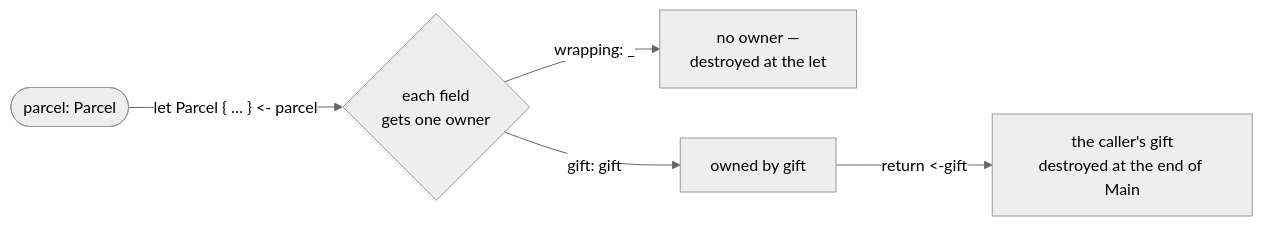
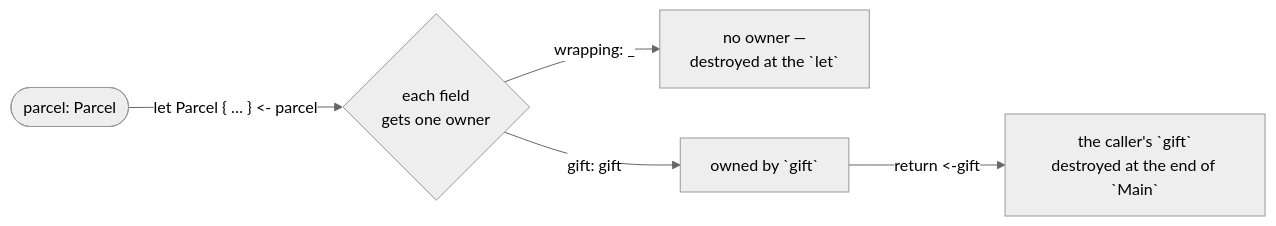
The diagram in content/docs/1.learn/11.ownership/07.partial-move.md (rux-lang/Web), drawn with Mermaid (neutral theme) before and after one commit. The commit also changed 187 other files, not shown here.

First line of the commit message:
Draw the Learn diagrams for phones, with code in the mono face

````diff
--- a/content/docs/1.learn/11.ownership/07.partial-move.md
+++ b/content/docs/1.learn/11.ownership/07.partial-move.md
@@ -86,7 +86,7 @@
 ```mermaid
 flowchart LR
-    p(["parcel: Parcel"]) -- "let Parcel { … } <- parcel" --> pat{"each field<br/>gets one owner"}
-    pat -- "wrapping: _" --> w["no owner —<br/>destroyed at the let"]
-    pat -- "gift: gift" --> g["owned by gift"]
-    g -- "return <-gift" --> c["the caller's gift<br/>destroyed at the end of Main"]
+    p(["`parcel: Parcel`"]) -- "`let Parcel { … } <- parcel`" --> pat{"each field<br/>gets one owner"}
+    pat -- "`wrapping: _`" --> w["no owner —<br/>destroyed at the `let`"]
+    pat -- "`gift: gift`" --> g["owned by `gift`"]
+    g -- "`return <-gift`" --> c["the caller's `gift`<br/>destroyed at the end of `Main`"]
 ```
````
